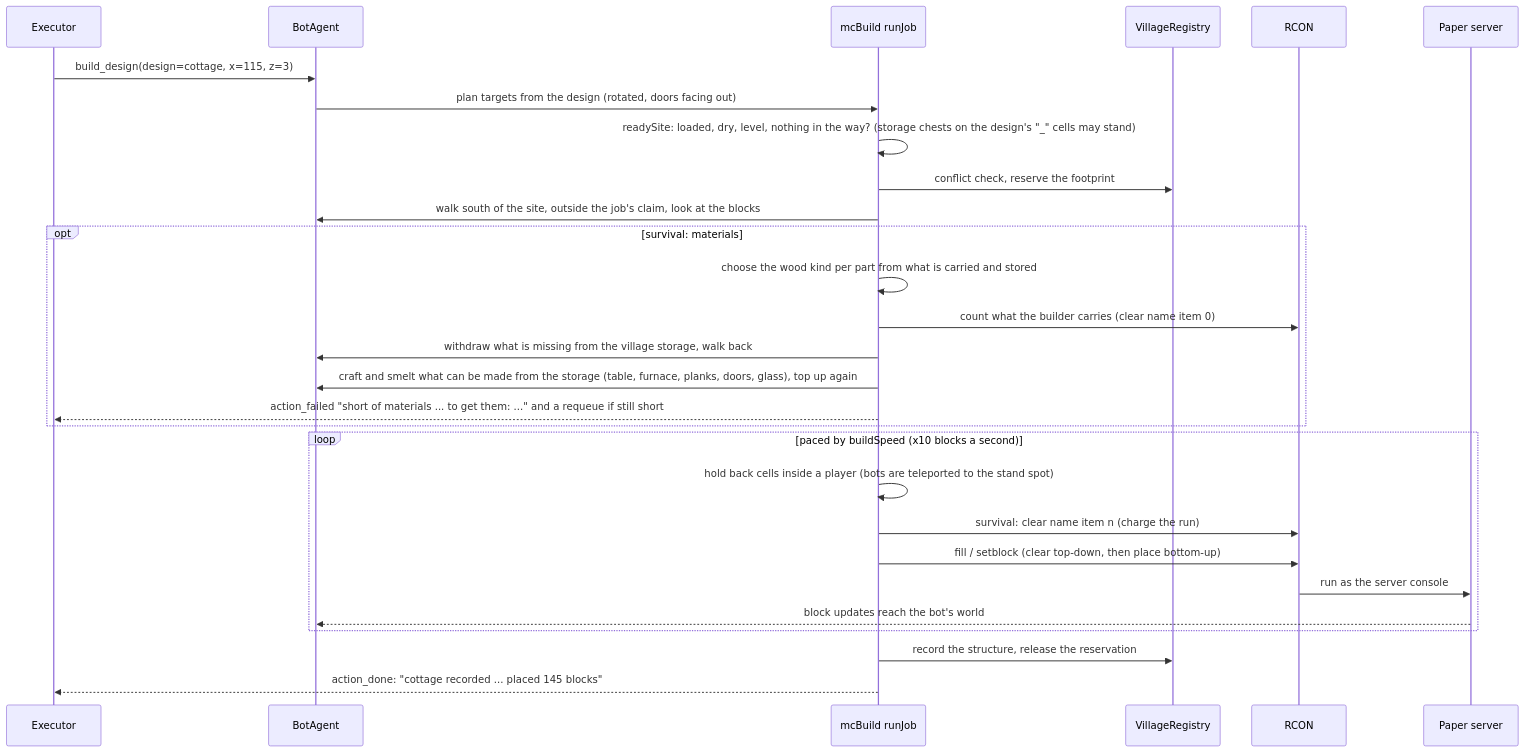
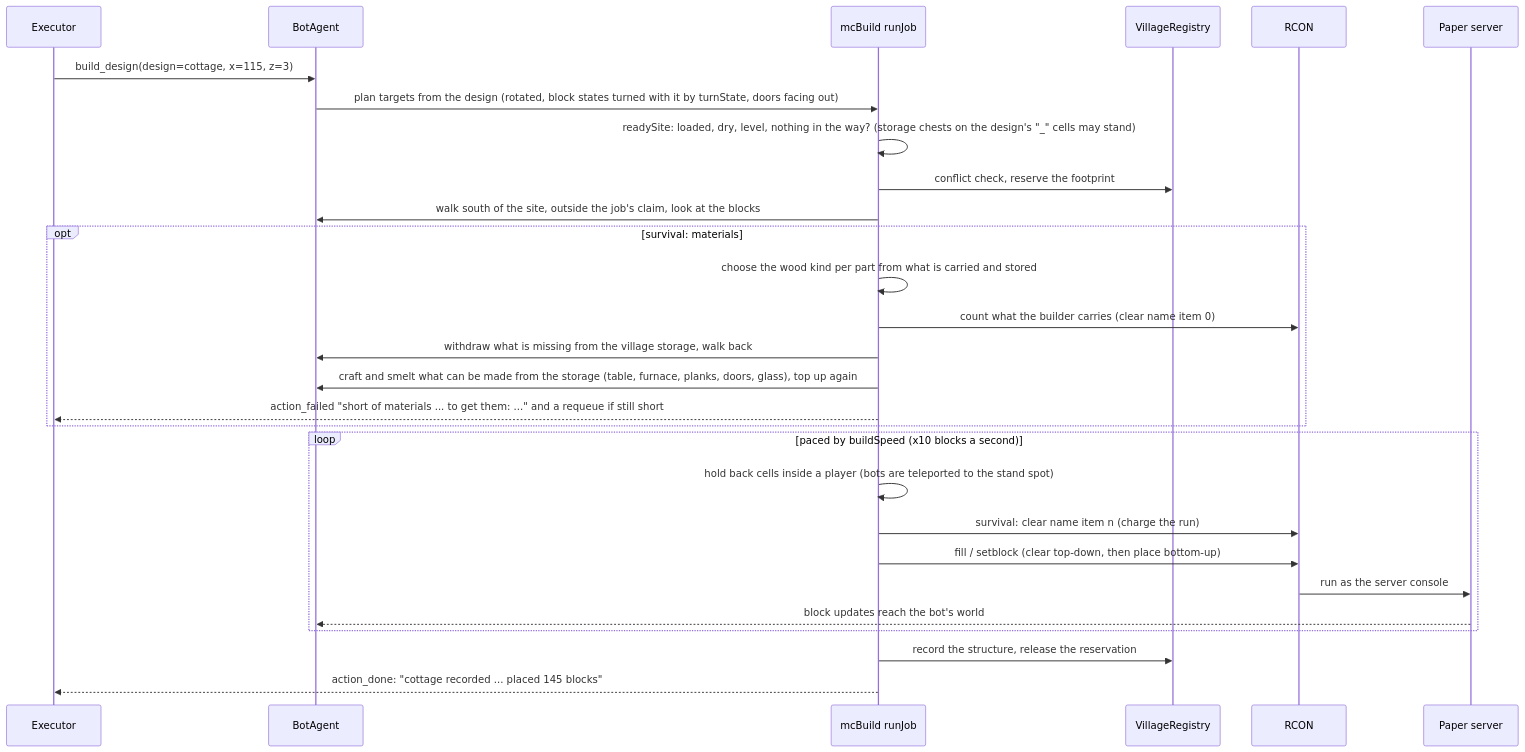
Before and after one commit to delphium226/MCAISandbox: the eighth of 13 diagrams in docs/ARCHITECTURE.md, drawn with Mermaid. The commit also changed other lines of this file and 3 other files, not shown here.

````diff
--- a/docs/ARCHITECTURE.md
+++ b/docs/ARCHITECTURE.md
@@ -385,30 +390,30 @@
 ```mermaid
 sequenceDiagram
   participant E as Executor
   participant B as BotAgent
   participant J as mcBuild runJob
   participant V as VillageRegistry
   participant R as RCON
   participant P as Paper server
   E->>B: build_design(design=cottage, x=115, z=3)
-  B->>J: plan targets from the design (rotated, doors facing out)
+  B->>J: plan targets from the design (rotated, block states turned with it by turnState, doors facing out)
   J->>J: readySite: loaded, dry, level, nothing in the way? (storage chests on the design's "_" cells may stand)
   J->>V: conflict check, reserve the footprint
   J->>B: walk south of the site, outside the job's claim, look at the blocks
   opt survival: materials
     J->>J: choose the wood kind per part from what is carried and stored
     J->>R: count what the builder carries (clear name item 0)
     J->>B: withdraw what is missing from the village storage, walk back
     J->>B: craft and smelt what can be made from the storage (table, furnace, planks, doors, glass), top up again
     J-->>E: action_failed "short of materials ... to get them: ..." and a requeue if still short
   end
   loop paced by buildSpeed (x10 blocks a second)
     J->>J: hold back cells inside a player (bots are teleported to the stand spot)
     J->>R: survival: clear name item n (charge the run)
     J->>R: fill / setblock (clear top-down, then place bottom-up)
     R->>P: run as the server console
     P-->>B: block updates reach the bot's world
   end
   J->>V: record the structure, release the reservation
   J-->>E: action_done: "cottage recorded ... placed 145 blocks"
 ```
````
